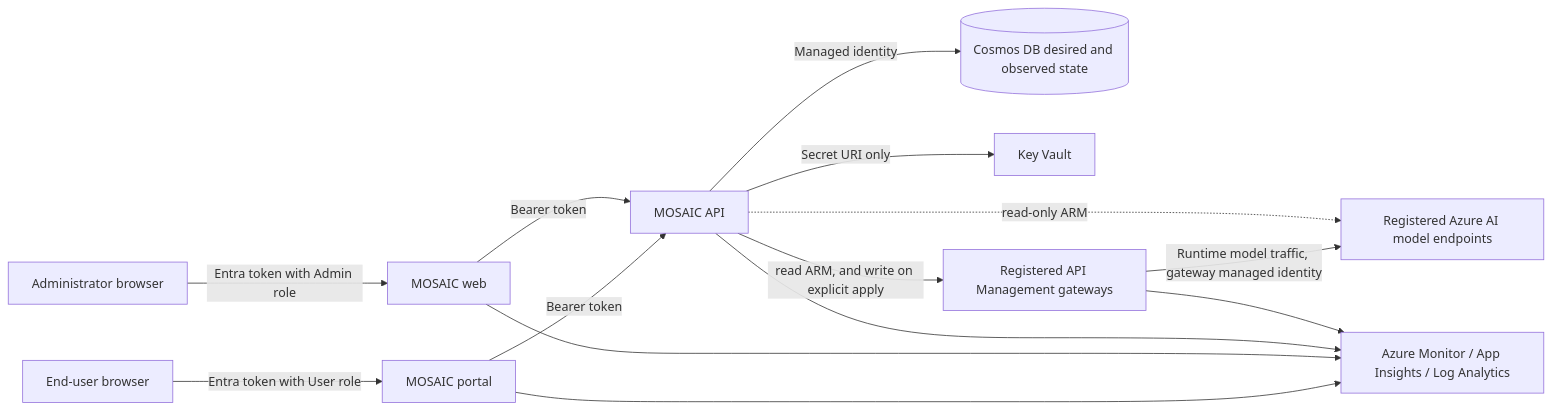
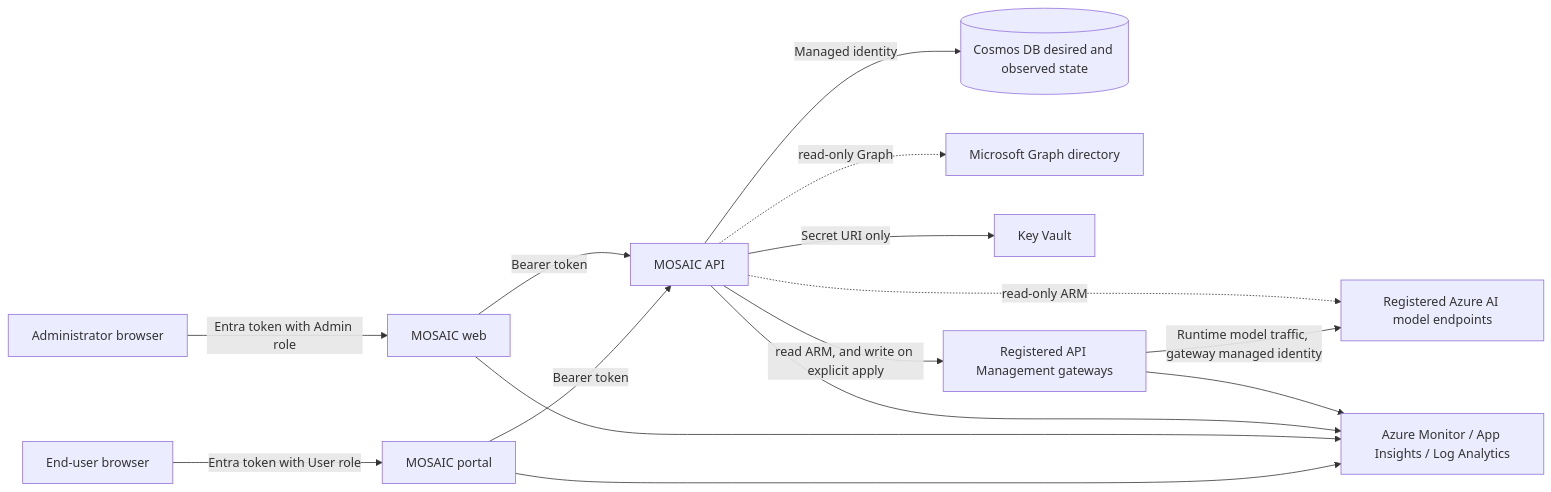
One commit to microsoft/mosaic-apim changed the diagram in README.md. Above: the diagram before and after it, drawn with Mermaid. The commit also changed other lines of this file and 73 other files, not shown here.

````diff
--- a/README.md
+++ b/README.md
@@ -139,16 +143,17 @@
 ```mermaid
 flowchart LR
     Admin[Administrator browser] -->|Entra token with Admin role| Web[MOSAIC web]
     User[End-user browser] -->|Entra token with User role| Portal[MOSAIC portal]
     Web -->|Bearer token| API[MOSAIC API]
     Portal -->|Bearer token| API
     API -->|Managed identity| Cosmos[(Cosmos DB desired and observed state)]
+    API -. read-only Graph .-> Graph[Microsoft Graph directory]
     API -->|Secret URI only| KV[Key Vault]
     API -. read-only ARM .-> Foundry[Registered Azure AI model endpoints]
     API -->|read ARM, and write on explicit apply| APIM[Registered API Management gateways]
     APIM -->|Runtime model traffic, gateway managed identity| Foundry
     APIM --> Monitor[Azure Monitor / App Insights / Log Analytics]
     API --> Monitor
     Web --> Monitor
     Portal --> Monitor
 ```
````
